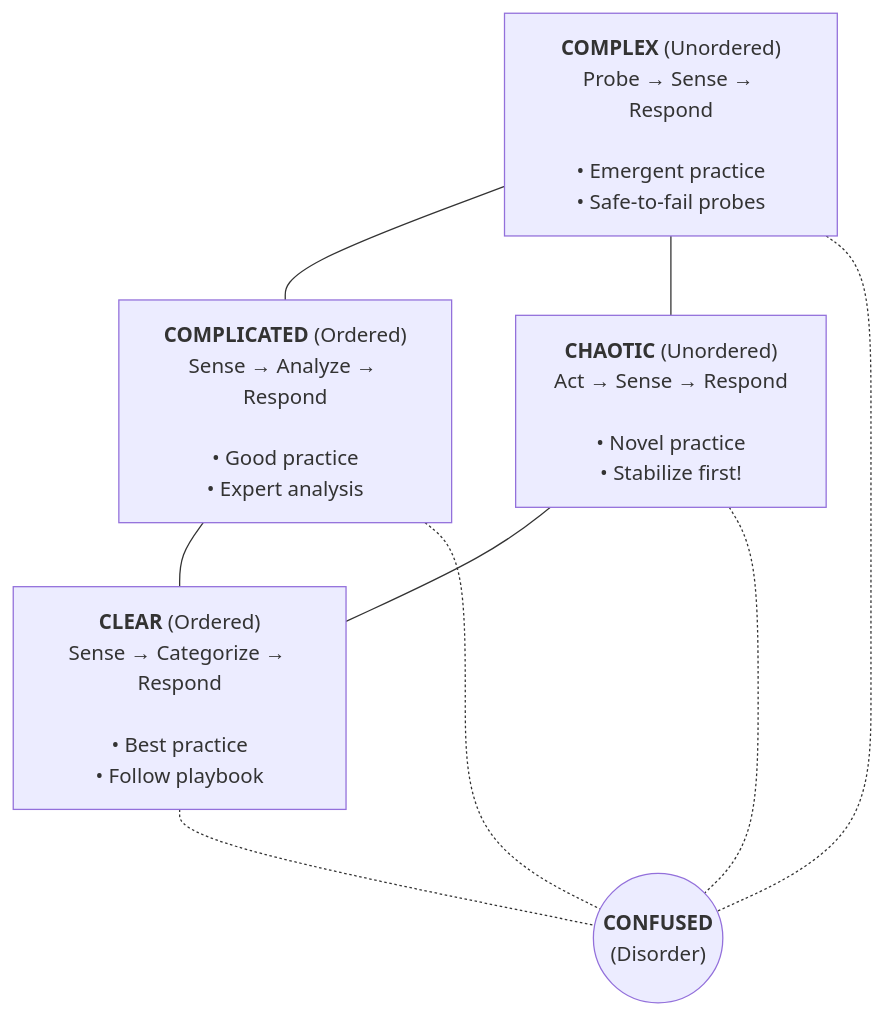
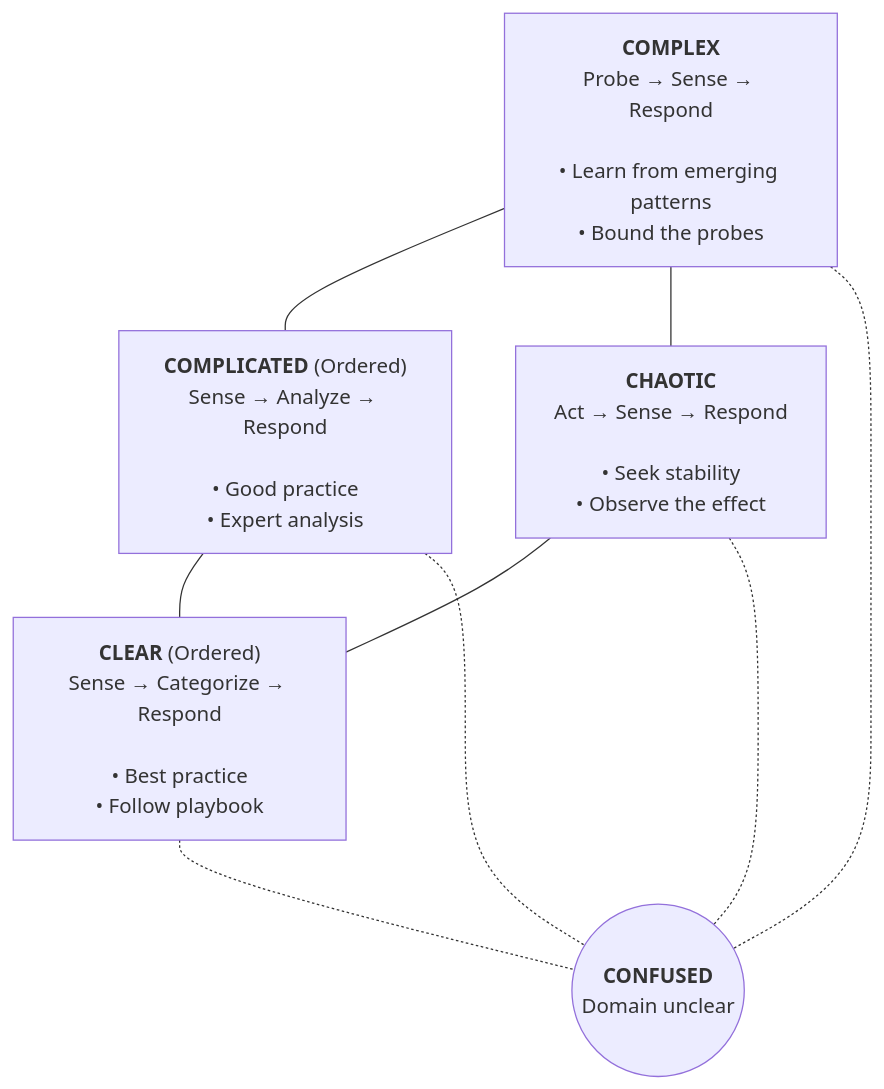
Before and after one commit to kube-dojo/kube-dojo: the second of 11 diagrams in src/content/docs/platform/foundations/systems-thinking/module-1.4-complexity-and-emergent-behavior.md, drawn with Mermaid. The commit also changed other lines of this file, not shown here.

Commit message:
fix(platform): bound Cynefin guidance and incident exercise (#2403) (#2410)

````diff
--- a/src/content/docs/platform/foundations/systems-thinking/module-1.4-complexity-and-emergent-behavior.md
+++ b/src/content/docs/platform/foundations/systems-thinking/module-1.4-complexity-and-emergent-behavior.md
@@ -164,17 +161,17 @@
 ```mermaid
 graph TD
-    Complex["<b>COMPLEX</b> (Unordered)<br/>Probe → Sense → Respond<br/><br/>• Emergent practice<br/>• Safe-to-fail probes"]
+    Complex["<b>COMPLEX</b><br/>Probe → Sense → Respond<br/><br/>• Learn from emerging patterns<br/>• Bound the probes"]
     Complicated["<b>COMPLICATED</b> (Ordered)<br/>Sense → Analyze → Respond<br/><br/>• Good practice<br/>• Expert analysis"]
-    Chaotic["<b>CHAOTIC</b> (Unordered)<br/>Act → Sense → Respond<br/><br/>• Novel practice<br/>• Stabilize first!"]
+    Chaotic["<b>CHAOTIC</b><br/>Act → Sense → Respond<br/><br/>• Seek stability<br/>• Observe the effect"]
     Clear["<b>CLEAR</b> (Ordered)<br/>Sense → Categorize → Respond<br/><br/>• Best practice<br/>• Follow playbook"]
-    Confused(("<b>CONFUSED</b><br/>(Disorder)"))
+    Confused(("<b>CONFUSED</b><br/>Domain unclear"))
 
     Complex --- Complicated
     Chaotic --- Clear
     Complex --- Chaotic
     Complicated --- Clear
     Complex -.- Confused
     Complicated -.- Confused
     Chaotic -.- Confused
     Clear -.- Confused
 ```
````
